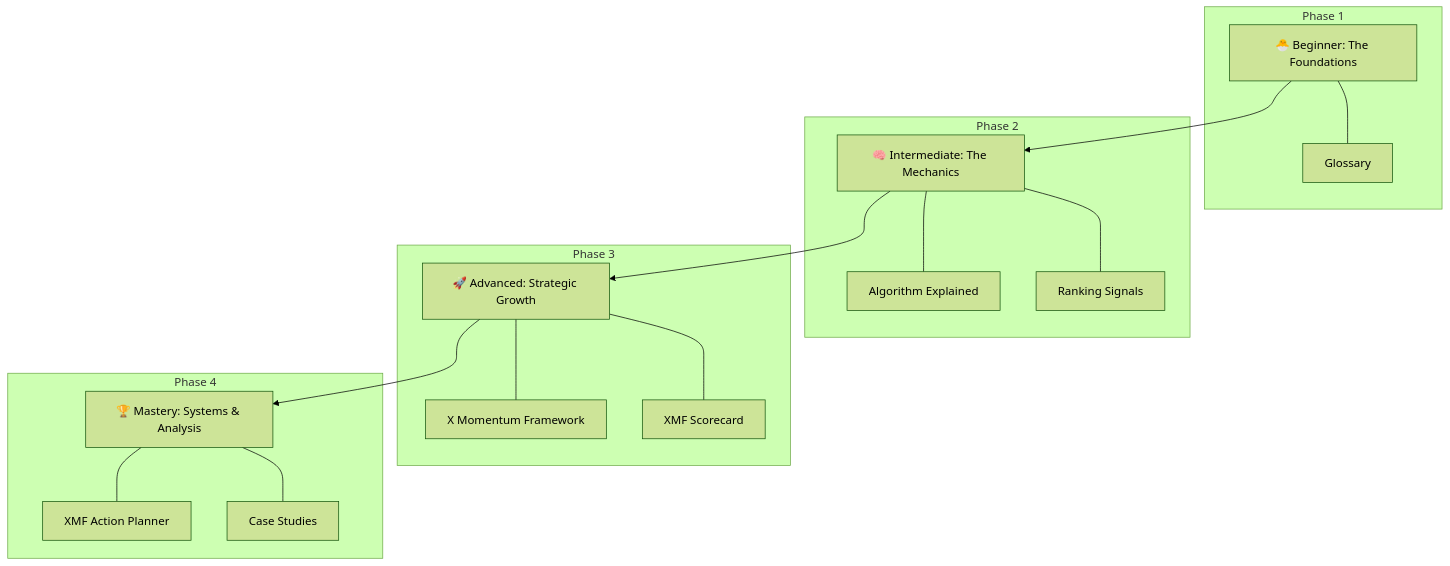
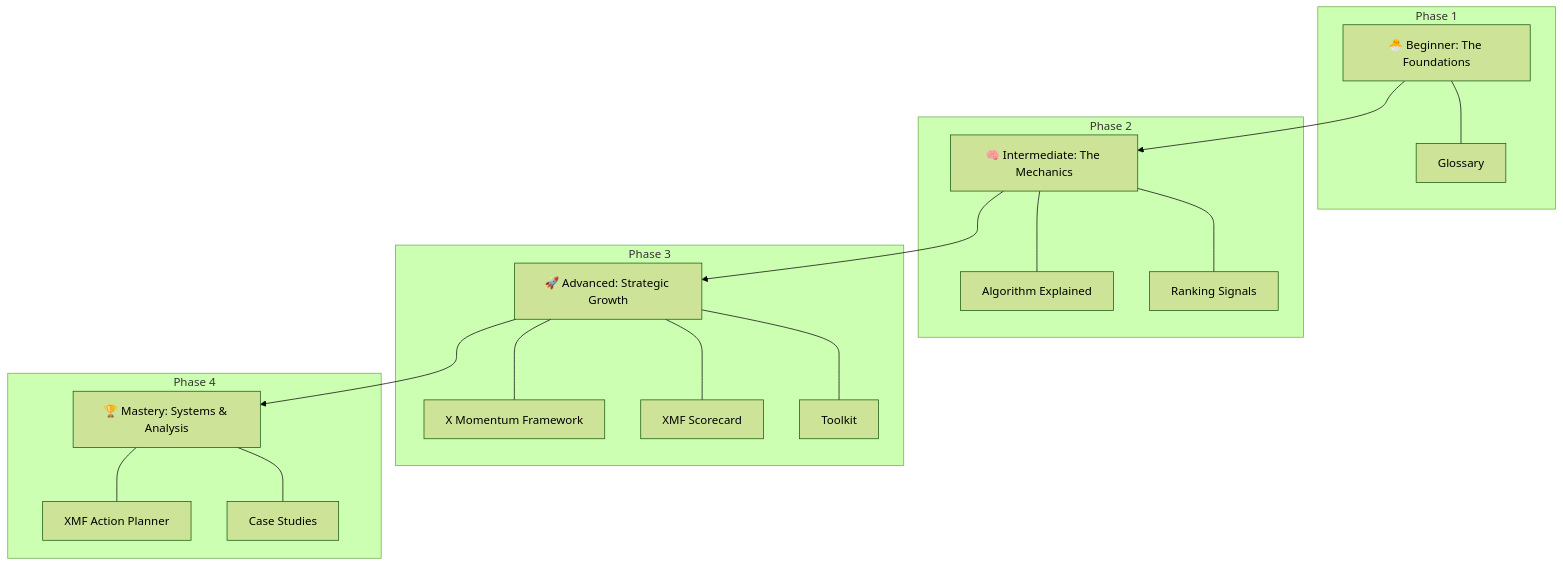
One commit to Hustlenix/X-growth-lab changed the first of 2 diagrams in README.md. Above: the diagram before and after it, drawn with Mermaid (forest theme). The commit also changed other lines of this file and 20 other files, not shown here.

````diff
--- a/README.md
+++ b/README.md
@@ -34,25 +43,26 @@
 ```mermaid
 graph TD
     A[🐣 Beginner: The Foundations] --> B[🧠 Intermediate: The Mechanics]
     B --> C[🚀 Advanced: Strategic Growth]
     C --> D[🏆 Mastery: Systems & Analysis]
 
     subgraph "Phase 1"
     A --- A1[Glossary]
     end
 
     subgraph "Phase 2"
     B --- B1[Algorithm Explained]
     B --- B2[Ranking Signals]
     end
 
     subgraph "Phase 3"
     C --- C1[X Momentum Framework]
     C --- C2[XMF Scorecard]
+    C --- C3[Toolkit]
     end
 
     subgraph "Phase 4"
     D --- D1[XMF Action Planner]
     D --- D2[Case Studies]
     end
 ```
````
